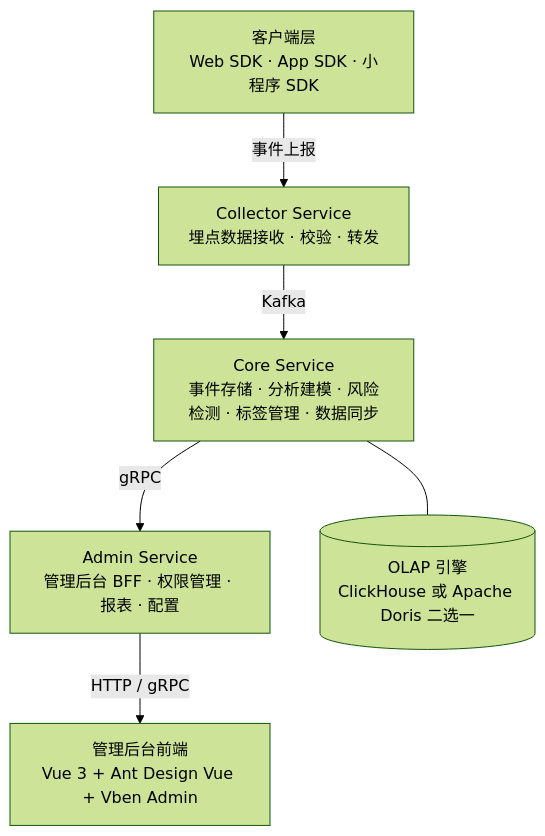
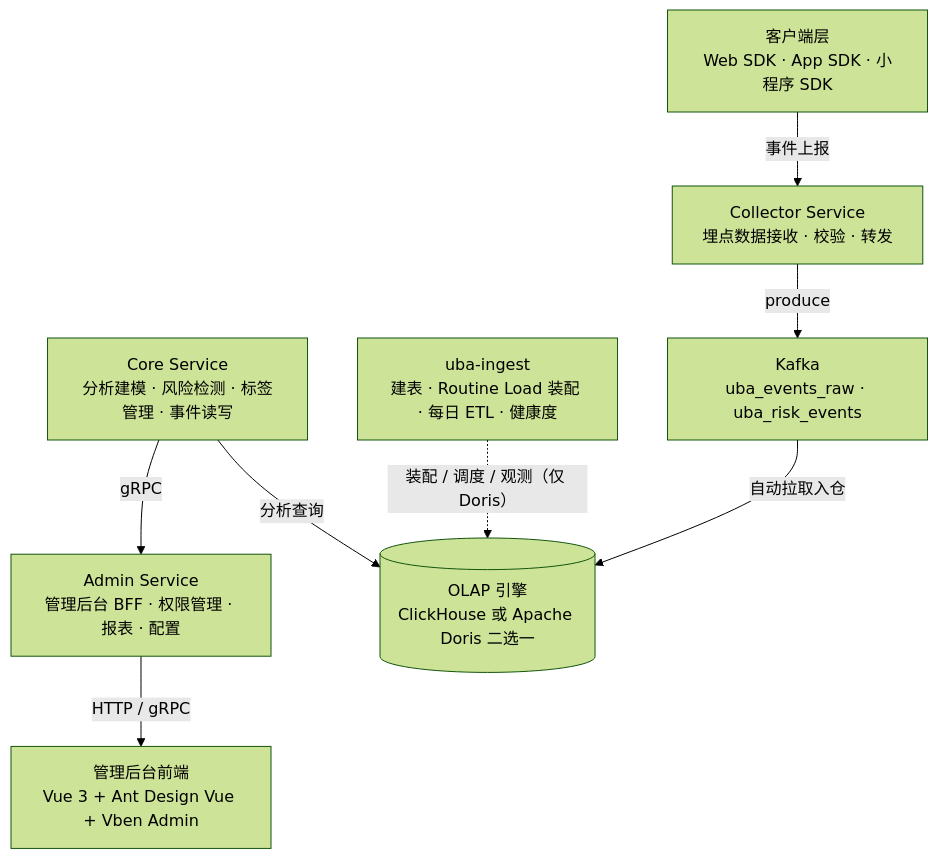
Before and after one commit to tx7do/go-wind-uba: the diagram in README.md, drawn with Mermaid (forest theme). The commit also changed other lines of this file and 12 other files, not shown here.

First line of the commit message:
docs: 三语 README 与各级文档补齐入仓链路（Routine Load / uba-ingest）

````diff
--- a/README.md
+++ b/README.md
@@ -133,14 +133,19 @@
 ```mermaid
 graph TB
     SDK["客户端层<br/>Web SDK · App SDK · 小程序 SDK"]
     Collector["Collector Service<br/>埋点数据接收 · 校验 · 转发"]
-    Core["Core Service<br/>事件存储 · 分析建模 · 风险检测 · 标签管理 · 数据同步"]
+    Kafka["Kafka<br/>uba_events_raw · uba_risk_events"]
+    Core["Core Service<br/>分析建模 · 风险检测 · 标签管理 · 事件读写"]
     Admin["Admin Service<br/>管理后台 BFF · 权限管理 · 报表 · 配置"]
     Frontend["管理后台前端<br/>Vue 3 + Ant Design Vue + Vben Admin"]
+    Ingest["uba-ingest<br/>建表 · Routine Load 装配 · 每日 ETL · 健康度"]
+    OLAP[(OLAP 引擎<br/>ClickHouse 或 Apache Doris 二选一)]
 
     SDK -->|"事件上报"| Collector
-    Collector -->|"Kafka"| Core
-    Core --- OLAP[(OLAP 引擎<br/>ClickHouse 或 Apache Doris 二选一)]
+    Collector -->|"produce"| Kafka
+    Kafka -->|"自动拉取入仓"| OLAP
+    Ingest -.->|"装配 / 调度 / 观测（仅 Doris）"| OLAP
+    Core -->|"分析查询"| OLAP
     Core -->|"gRPC"| Admin
     Admin -->|"HTTP / gRPC"| Frontend
 ```
````
